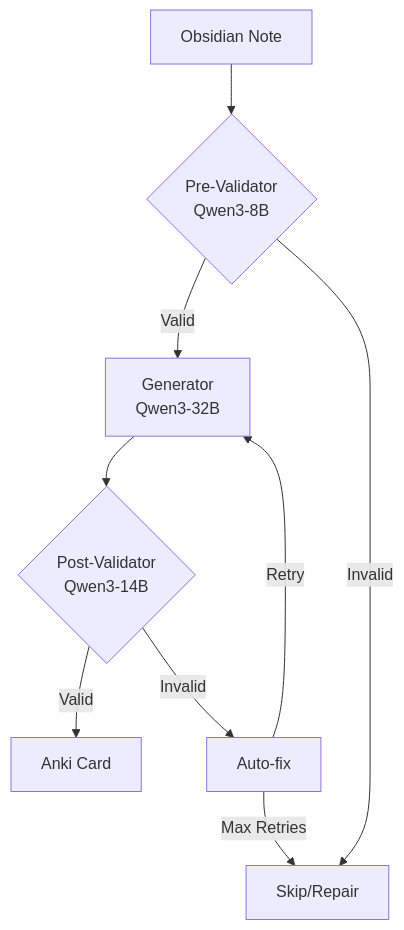
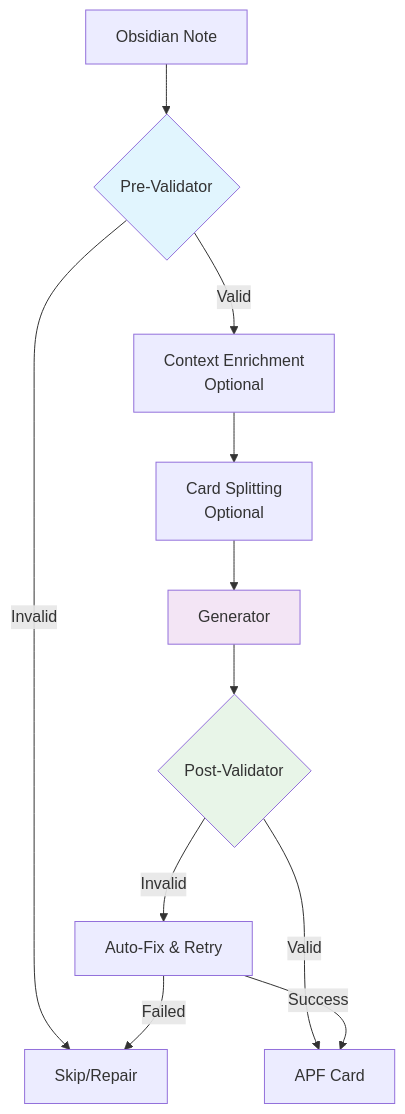
Before and after one commit to po4yka/obsidian-to-anki: the first of 7 diagrams in README.md, drawn with Mermaid. The commit also changed other lines of this file and 26 other files, not shown here.

````diff
--- a/README.md
+++ b/README.md
@@ -23,11 +46,17 @@
 ```mermaid
 flowchart TD
-    A[Obsidian Note] --> B{Pre-Validator<br/>Qwen3-8B}
-    B -->|Valid| C[Generator<br/>Qwen3-32B]
+    A[Obsidian Note] --> B{Pre-Validator}
     B -->|Invalid| Z[Skip/Repair]
-    C --> D{Post-Validator<br/>Qwen3-14B}
-    D -->|Valid| E[Anki Card]
-    D -->|Invalid| F[Auto-fix]
-    F -->|Retry| C
-    F -->|Max Retries| Z
+    B -->|Valid| C[Context Enrichment<br/>Optional]
+    C --> D[Card Splitting<br/>Optional]
+    D --> E[Generator]
+    E --> F{Post-Validator}
+    F -->|Valid| G[APF Card]
+    F -->|Invalid| H[Auto-Fix & Retry]
+    H -->|Success| G
+    H -->|Failed| Z
+
+    style B fill:#e1f5fe
+    style E fill:#f3e5f5
+    style F fill:#e8f5e8
 ```
````
